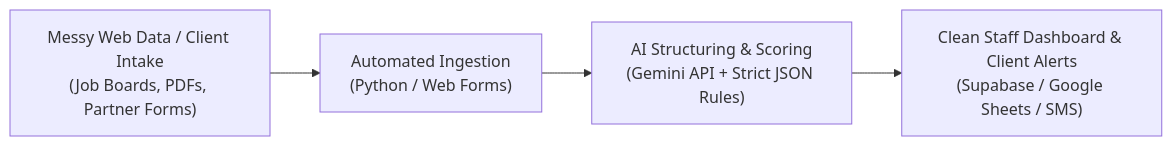
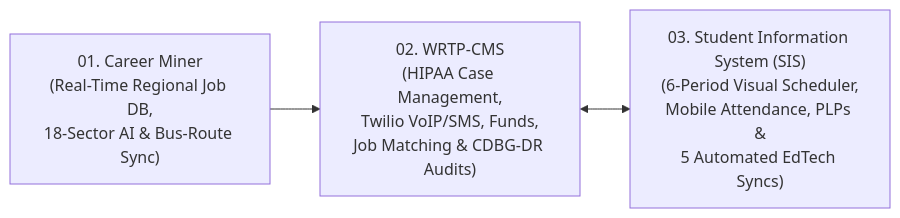
One commit to briancummings111-6479/applied-ai-operations-portfolio changed the diagram in README.md. Above: the diagram before and after it, drawn with Mermaid. The commit also changed other lines of this file and 10 other files, not shown here.

Commit message:
feat(portfolio): showcase Career Miner, WRTP-CMS & custom SIS with real UI screenshots, visual product tour, and 4th sanitized code demo

````diff
--- a/README.md
+++ b/README.md
@@ -33,6 +33,5 @@
 ```mermaid
 flowchart LR
-    A["Messy Web Data / Client Intake<br/>(Job Boards, PDFs, Partner Forms)"] --> B["Automated Ingestion<br/>(Python / Web Forms)"]
-    B --> C["AI Structuring & Scoring<br/>(Gemini API + Strict JSON Rules)"]
-    C --> D["Clean Staff Dashboard & Client Alerts<br/>(Supabase / Google Sheets / SMS)"]
+    A["01. Career Miner<br/>(Real-Time Regional Job DB,<br/>18-Sector AI & Bus-Route Sync)"] --> B["02. WRTP-CMS<br/>(HIPAA Case Management,<br/>Twilio VoIP/SMS, Funds,<br/>Job Matching & CDBG-DR Audits)"]
+    B <--> C["03. Student Information System (SIS)<br/>(6-Period Visual Scheduler,<br/>Mobile Attendance, PLPs &<br/>5 Automated EdTech Syncs)"]
 ```
````
